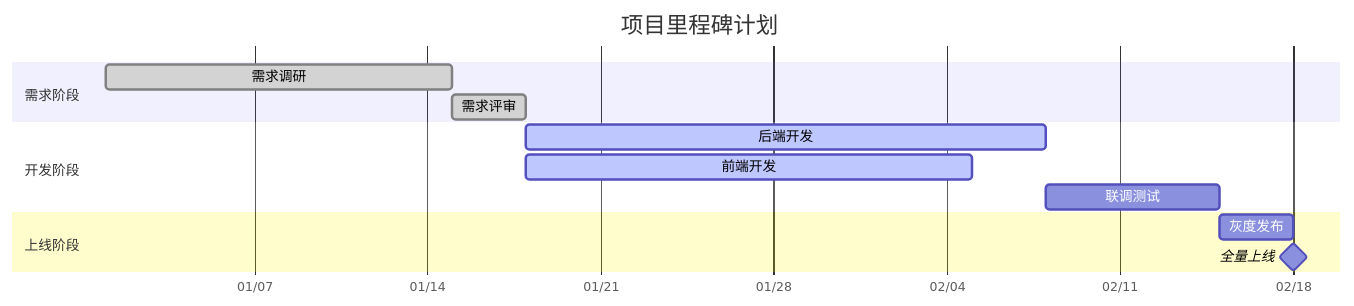
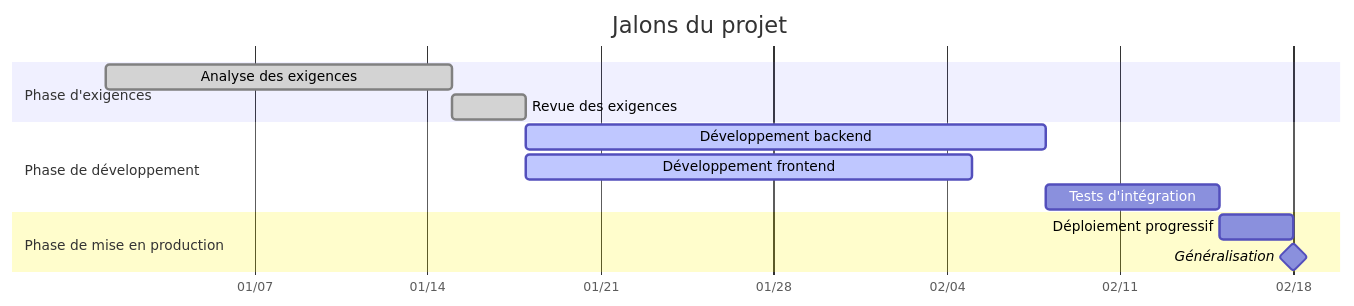
The fifth of 15 diagrams in skills/PM skills/charts/references/mermaid.md (bigleon2/KNOWLEDGE), drawn with Mermaid before and after one commit. The commit also changed other lines of this file and 35 other files, not shown here.

````diff
--- a/skills/PM skills/charts/references/mermaid.md
+++ b/skills/PM skills/charts/references/mermaid.md
@@ -374,19 +374,19 @@
 ```mermaid
 gantt
-    title 项目里程碑计划
+    title Jalons du projet
     dateFormat YYYY-MM-DD
     axisFormat %m/%d
 
-    section 需求阶段
-    需求调研           :done,    req1, 2024-01-01, 14d
-    需求评审           :done,    req2, after req1, 3d
+    section Phase d'exigences
+    Analyse des exigences  :done,    req1, 2024-01-01, 14d
+    Revue des exigences    :done,    req2, after req1, 3d
 
-    section 开发阶段
-    后端开发           :active,  dev1, after req2, 21d
-    前端开发           :active,  dev2, after req2, 18d
-    联调测试           :         dev3, after dev1, 7d
+    section Phase de développement
+    Développement backend  :active,  dev1, after req2, 21d
+    Développement frontend :active,  dev2, after req2, 18d
+    Tests d'intégration    :         dev3, after dev1, 7d
 
-    section 上线阶段
-    灰度发布           :         rel1, after dev3, 3d
-    全量上线           :milestone, rel2, after rel1, 0d
+    section Phase de mise en production
+    Déploiement progressif :         rel1, after dev3, 3d
+    Généralisation         :milestone, rel2, after rel1, 0d
 ```
````
